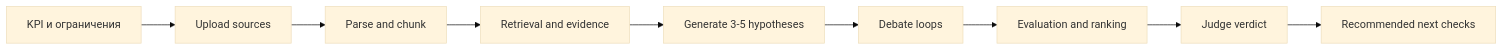
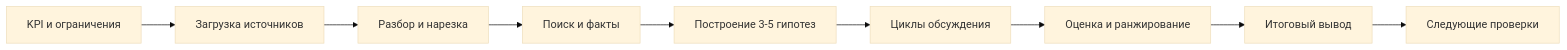
One commit to KroJIak/hypothesis-court changed the first of 2 diagrams in README.md. Above: the diagram before and after it, drawn with Mermaid (base theme). The commit also changed other lines of this file, not shown here.

````diff
--- a/README.md
+++ b/README.md
@@ -115,11 +117,11 @@
 ```mermaid
 flowchart LR
-    A[KPI и ограничения] --> B[Upload sources]
-    B --> C[Parse and chunk]
-    C --> D[Retrieval and evidence]
-    D --> E[Generate 3-5 hypotheses]
-    E --> F[Debate loops]
-    F --> G[Evaluation and ranking]
-    G --> H[Judge verdict]
-    H --> I[Recommended next checks]
+    A[KPI и ограничения] --> B[Загрузка источников]
+    B --> C[Разбор и нарезка]
+    C --> D[Поиск и факты]
+    D --> E[Построение 3-5 гипотез]
+    E --> F[Циклы обсуждения]
+    F --> G[Оценка и ранжирование]
+    G --> H[Итоговый вывод]
+    H --> I[Следующие проверки]
 ```
````
